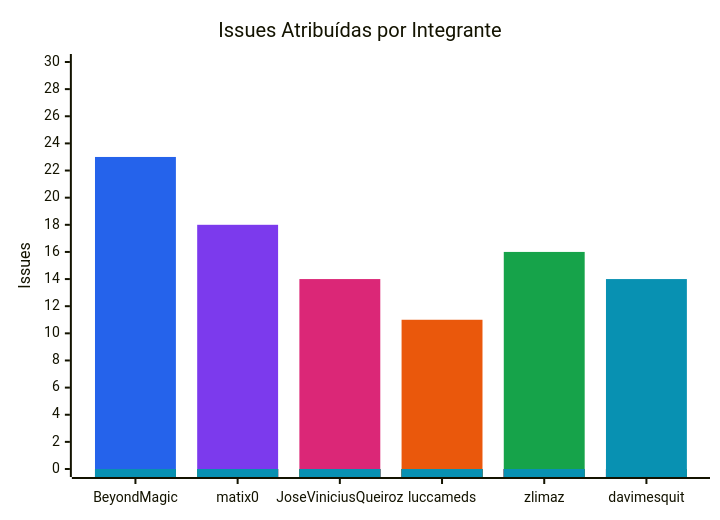
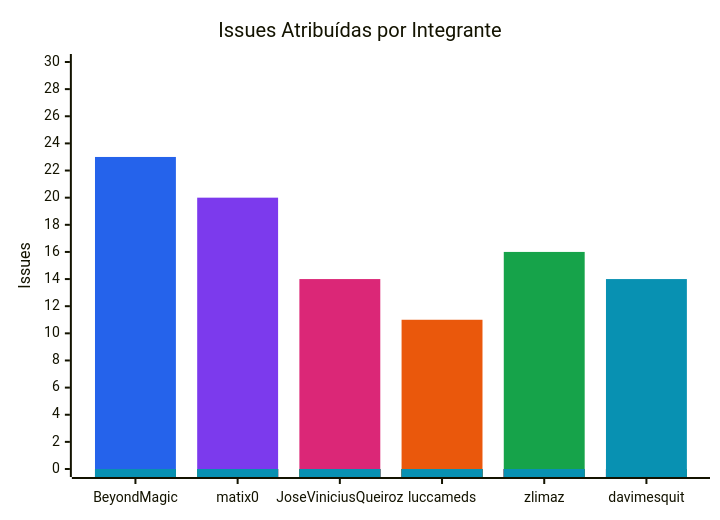
Before and after one commit to FCTE-Qualidade-de-Software-1/2026-2_T02_FRANS_BILAS: the diagram in documentation/snippets/management/assigned-issues.mmd, drawn with Mermaid. The commit also changed 6 other files, not shown here.

```diff
--- a/documentation/snippets/management/assigned-issues.mmd
+++ b/documentation/snippets/management/assigned-issues.mmd
@@ -1,11 +1,11 @@
 %%{init: {"themeVariables": {"xyChart": {"plotColorPalette": "#2563eb, #7c3aed, #db2777, #ea580c, #16a34a, #0891b2"}}}}%%
 xychart-beta
     title "Issues Atribuídas por Integrante"
     x-axis ["BeyondMagic", "matix0", "JoseViniciusQueiroz", "luccameds", "zlimaz", "davimesquit"]
     y-axis "Issues" 0 --> 30
     bar [23, 0, 0, 0, 0, 0]
-    bar [0, 18, 0, 0, 0, 0]
+    bar [0, 20, 0, 0, 0, 0]
     bar [0, 0, 14, 0, 0, 0]
     bar [0, 0, 0, 11, 0, 0]
     bar [0, 0, 0, 0, 16, 0]
     bar [0, 0, 0, 0, 0, 14]
```
